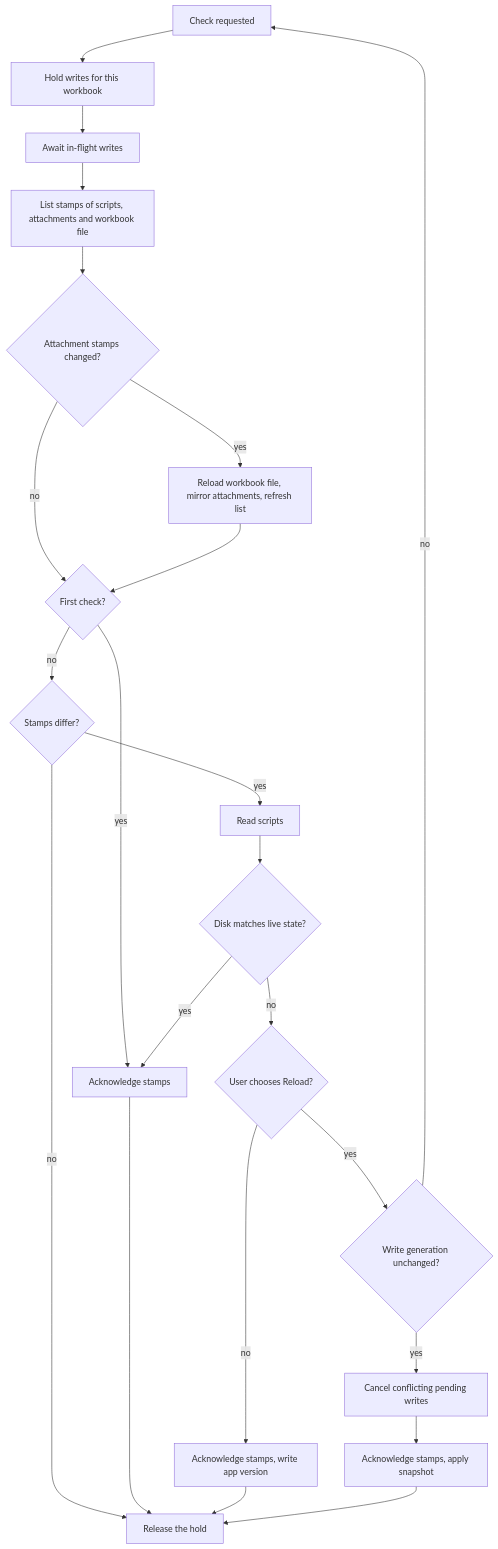
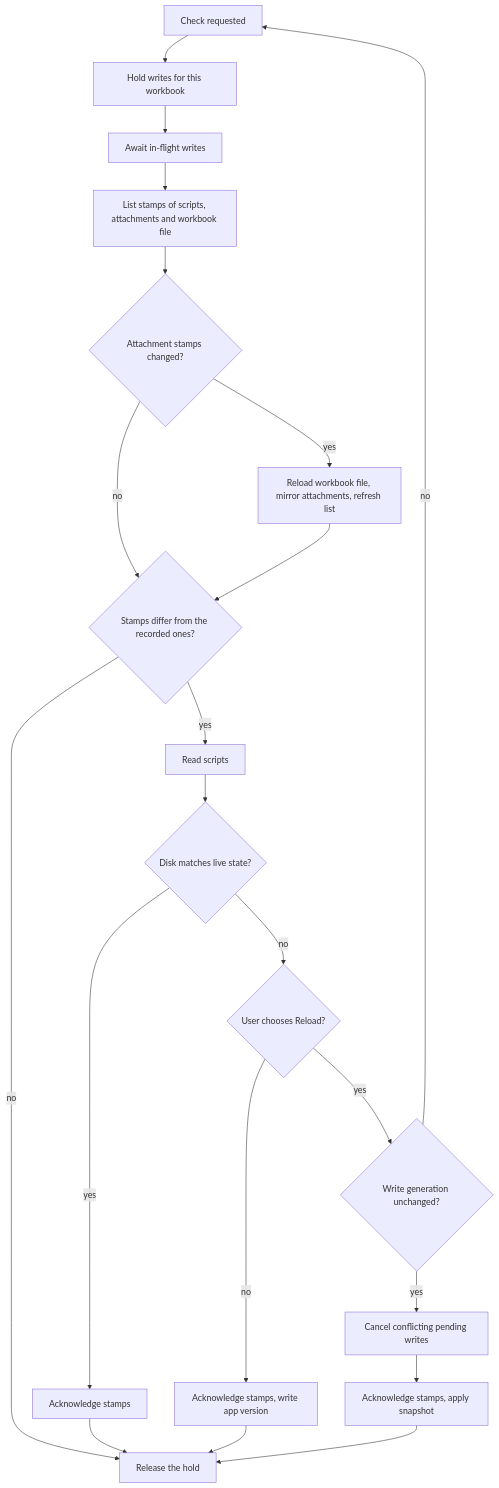
Before and after one commit to ankoh/dashql: the second of 2 diagrams in docs/design/native_file_sync.md, drawn with Mermaid. The commit also changed other lines of this file and 57 other files, not shown here.

````diff
--- a/docs/design/native_file_sync.md
+++ b/docs/design/native_file_sync.md
@@ -146,25 +153,23 @@
 ```mermaid
 flowchart TD
     E[Check requested] --> P[Hold writes for this workbook]
     P --> S[Await in-flight writes]
     S --> T[List stamps of scripts, attachments and workbook file]
     T --> A{Attachment stamps changed?}
     A -->|yes| M[Reload workbook file, mirror attachments, refresh list]
-    A -->|no| B
-    M --> B{First check?}
-    B -->|yes| K[Acknowledge stamps]
-    B -->|no| X{Stamps differ?}
+    A -->|no| X
+    M --> X{Stamps differ from the recorded ones?}
     X -->|no| Z[Release the hold]
     X -->|yes| R[Read scripts]
     R --> Q{Disk matches live state?}
-    Q -->|yes| K
+    Q -->|yes| K[Acknowledge stamps]
     Q -->|no| D{User chooses Reload?}
     D -->|no| KP[Acknowledge stamps, write app version]
     D -->|yes| G{Write generation unchanged?}
     G -->|no| E
     G -->|yes| C[Cancel conflicting pending writes]
     C --> U[Acknowledge stamps, apply snapshot]
     K --> Z
     KP --> Z
     U --> Z
 ```
````
